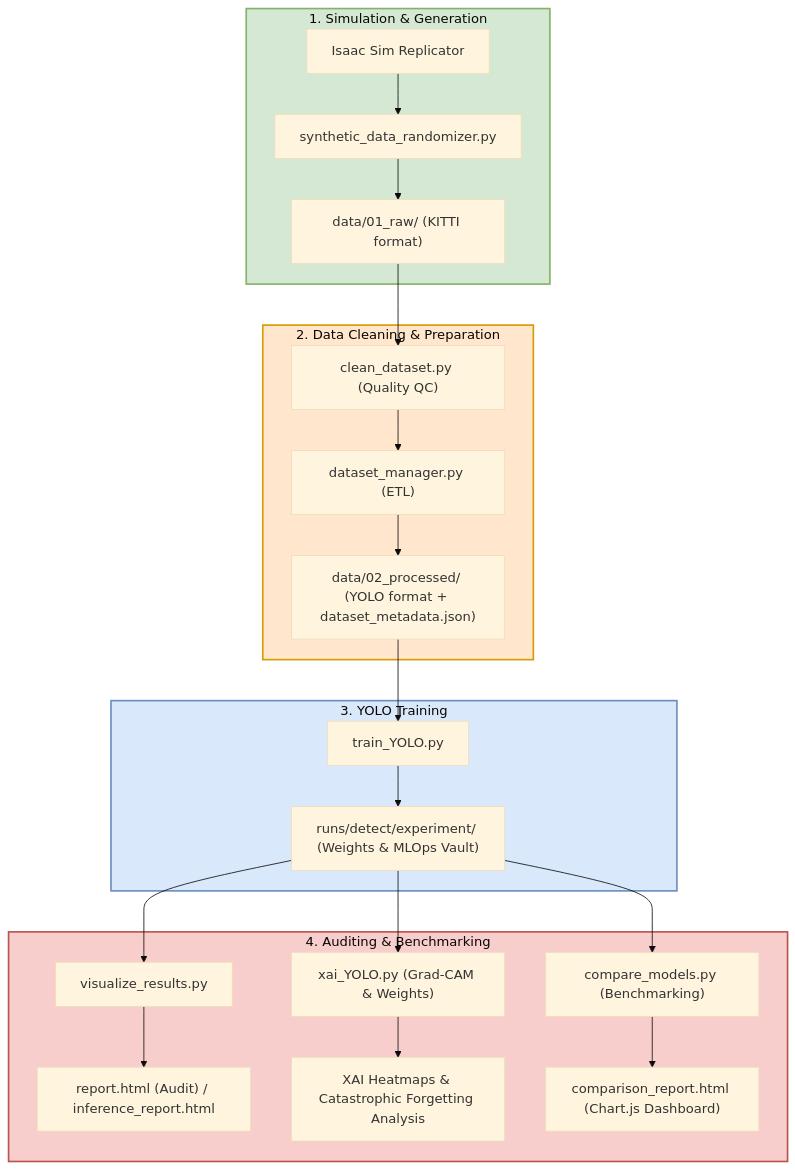
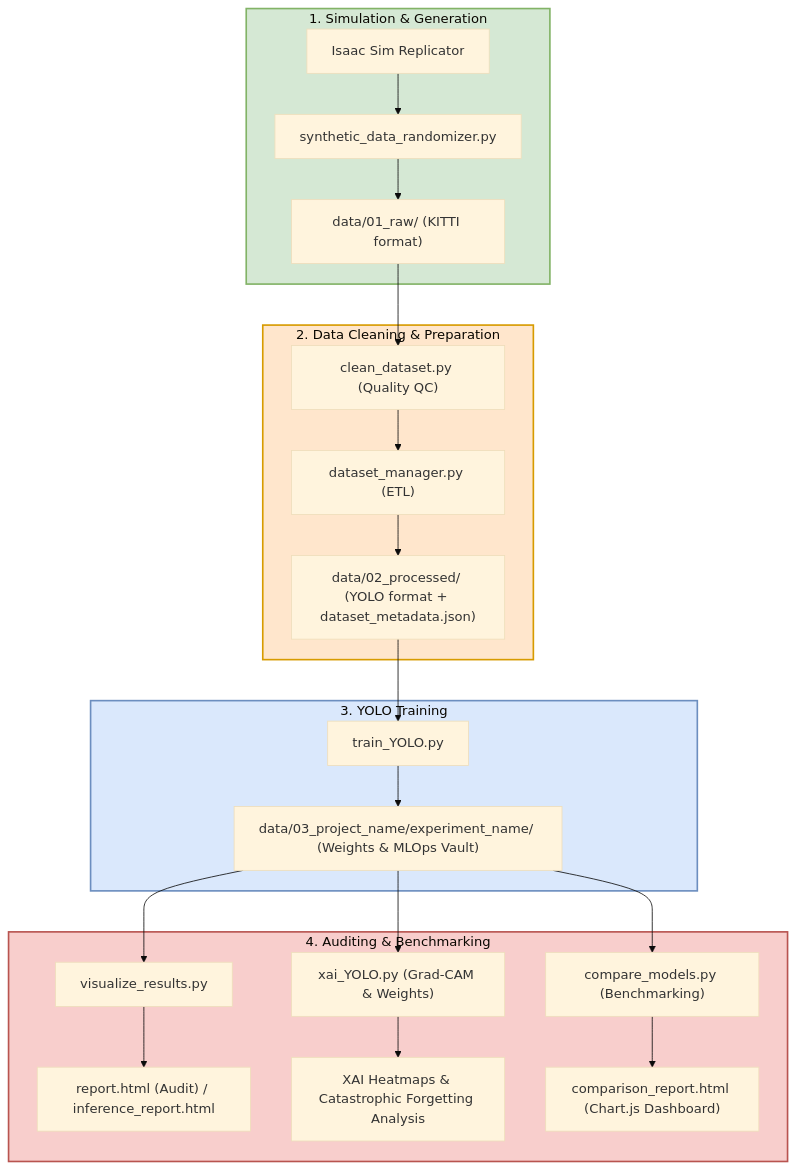
The diagram in README.md (IGL5/Sim-to-Real-Isaac-Sim), drawn with Mermaid (base theme) before and after one commit. The commit also changed other lines of this file, not shown here.

````diff
--- a/README.md
+++ b/README.md
@@ -13,32 +13,32 @@
 ```mermaid
 flowchart TD
     subgraph Simulation [1. Simulation & Generation]
         A["Isaac Sim Replicator"] --> B["synthetic_data_randomizer.py"]
         B --> C["data/01_raw/ (KITTI format)"]
     end
 
     subgraph DataPrep [2. Data Cleaning & Preparation]
         C --> D["clean_dataset.py (Quality QC)"]
         D --> E["dataset_manager.py (ETL)"]
         E --> F["data/02_processed/ (YOLO format + dataset_metadata.json)"]
     end
 
     subgraph Training [3. YOLO Training]
         F --> G["train_YOLO.py"]
-        G --> H["runs/detect/experiment/ (Weights & MLOps Vault)"]
+        G --> H["data/03_project_name/experiment_name/ (Weights & MLOps Vault)"]
     end
 
     subgraph Evaluation [4. Auditing & Benchmarking]
         H --> I["visualize_results.py"]
         H --> J["xai_YOLO.py (Grad-CAM & Weights)"]
         H --> K["compare_models.py (Benchmarking)"]
         I --> L["report.html (Audit) / inference_report.html"]
         J --> M["XAI Heatmaps & Catastrophic Forgetting Analysis"]
         K --> N["comparison_report.html (Chart.js Dashboard)"]
     end
 
     style Simulation fill:#d5e8d4,stroke:#82b366,stroke-width:2px
     style DataPrep fill:#ffe6cc,stroke:#d79b00,stroke-width:2px
     style Training fill:#dae8fc,stroke:#6c8ebf,stroke-width:2px
     style Evaluation fill:#f8cecc,stroke:#b85450,stroke-width:2px
 ```
````
